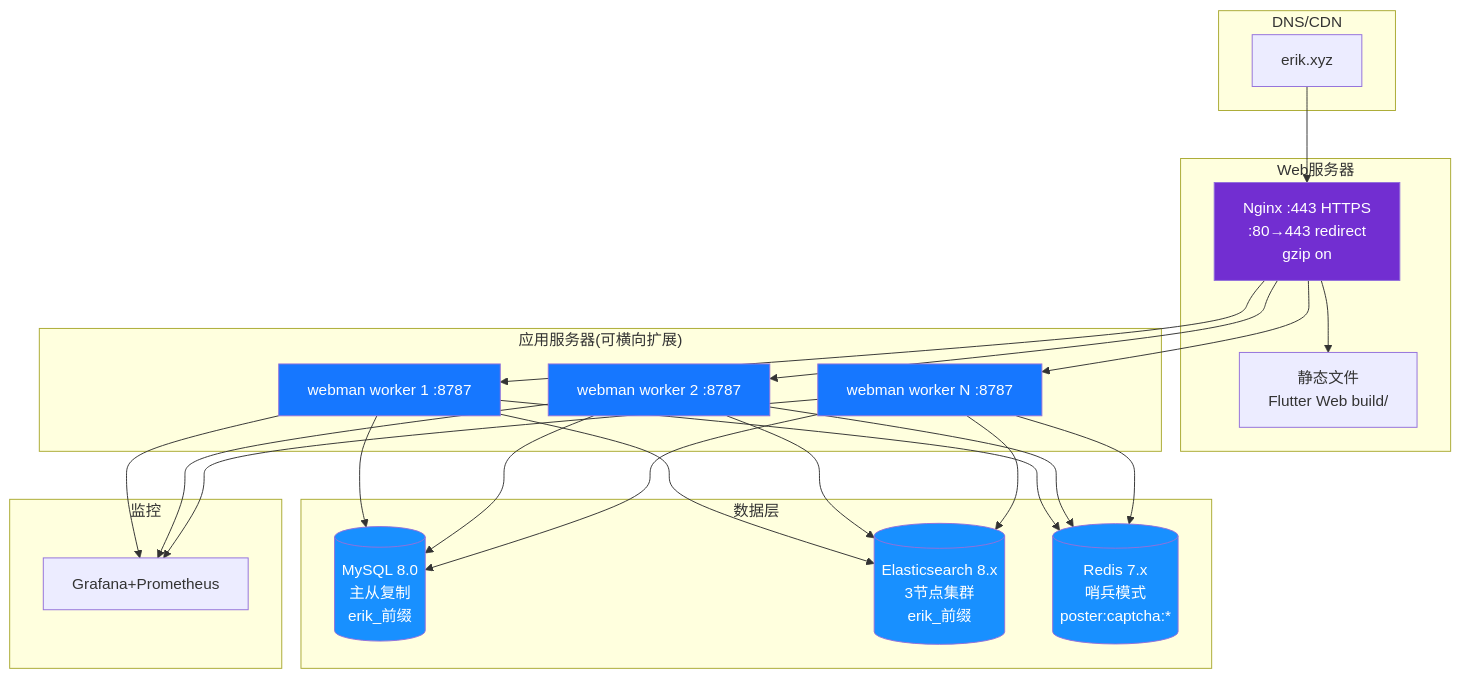
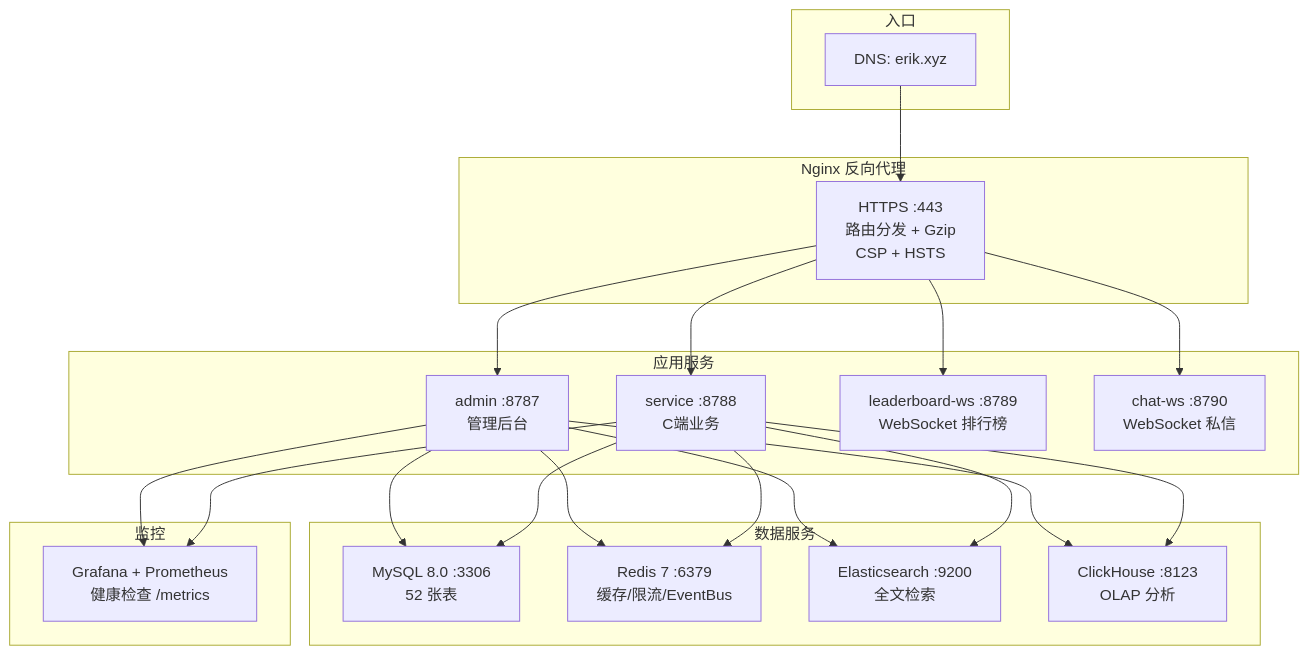
The diagram in admin/docs/diagrams/12-deployment.md (erikwang2013/game-platform-php), drawn with Mermaid before and after one commit. The commit also changed other lines of this file and 21 other files, not shown here.

````diff
--- a/admin/docs/diagrams/12-deployment.md
+++ b/admin/docs/diagrams/12-deployment.md
@@ -3,45 +3,33 @@
 ```mermaid
 flowchart TB
-    subgraph dns["DNS/CDN"]
-        domain["erik.xyz"]
+    subgraph "入口"
+        DNS["DNS: erik.xyz"]
     end
 
-    subgraph web["Web服务器"]
-        nginx["Nginx :443 HTTPS<br/>:80→443 redirect<br/>gzip on"]
-        static["静态文件<br/>Flutter Web build/"]
+    subgraph "Nginx 反向代理"
+        NGX["HTTPS :443<br/>路由分发 + Gzip<br/>CSP + HSTS"]
     end
 
-    subgraph app["应用服务器(可横向扩展)"]
-        wm1["webman worker 1 :8787"]
-        wm2["webman worker 2 :8787"]
-        wm3["webman worker N :8787"]
+    subgraph "应用服务"
+        ADM["admin :8787<br/>管理后台"]
+        SVC["service :8788<br/>C端业务"]
+        LB["leaderboard-ws :8789<br/>WebSocket 排行榜"]
+        CHAT["chat-ws :8790<br/>WebSocket 私信"]
     end
 
-    subgraph data["数据层"]
-        mysql[("MySQL 8.0<br/>主从复制<br/>erik_前缀")]
-        es[("Elasticsearch 8.x<br/>3节点集群<br/>erik_前缀")]
-        redis[("Redis 7.x<br/>哨兵模式<br/>poster:captcha:*")]
+    subgraph "数据服务"
+        MYSQL["MySQL 8.0 :3306<br/>52 张表"]
+        REDIS["Redis 7 :6379<br/>缓存/限流/EventBus"]
+        ES["Elasticsearch :9200<br/>全文检索"]
+        CH["ClickHouse :8123<br/>OLAP 分析"]
     end
 
-    subgraph monitor["监控"]
-        grafana["Grafana+Prometheus"]
+    subgraph "监控"
+        MON["Grafana + Prometheus<br/>健康检查 /metrics"]
     end
 
-    domain --> nginx
-    nginx --> static
-    nginx --> wm1
-    nginx --> wm2
-    nginx --> wm3
-    wm1 & wm2 & wm3 --> mysql
-    wm1 & wm2 & wm3 --> es
-    wm1 & wm2 & wm3 --> redis
-    wm1 & wm2 & wm3 --> grafana
-
-    style nginx fill:#722ED1,color:#fff
-    style wm1 fill:#1677FF,color:#fff
-    style wm2 fill:#1677FF,color:#fff
-    style wm3 fill:#1677FF,color:#fff
-    style mysql fill:#1890FF,color:#fff
-    style es fill:#1890FF,color:#fff
-    style redis fill:#1890FF,color:#fff
+    DNS --> NGX
+    NGX --> ADM & SVC & LB & CHAT
+    ADM & SVC --> MYSQL & REDIS & ES & CH
+    ADM & SVC --> MON
 ```
````
